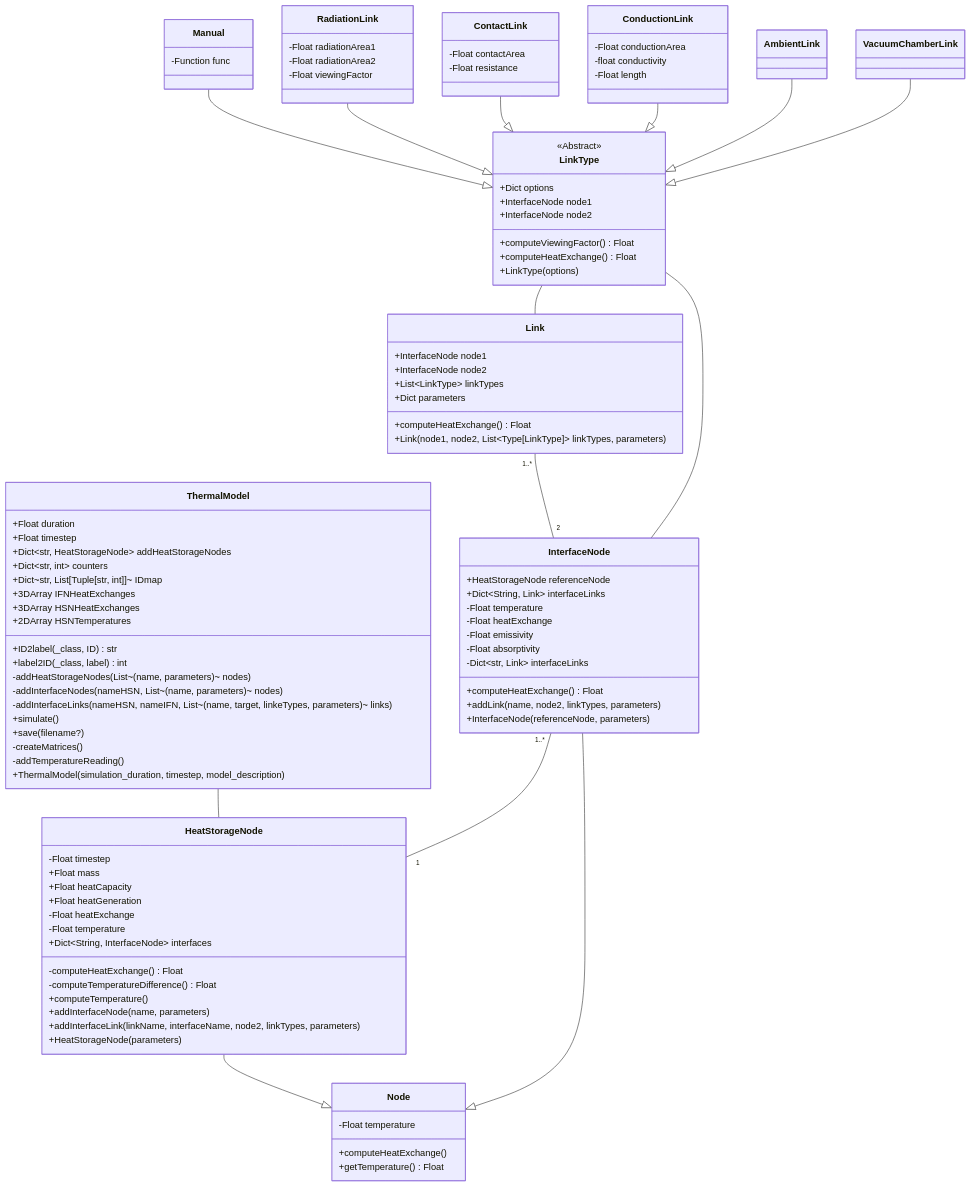
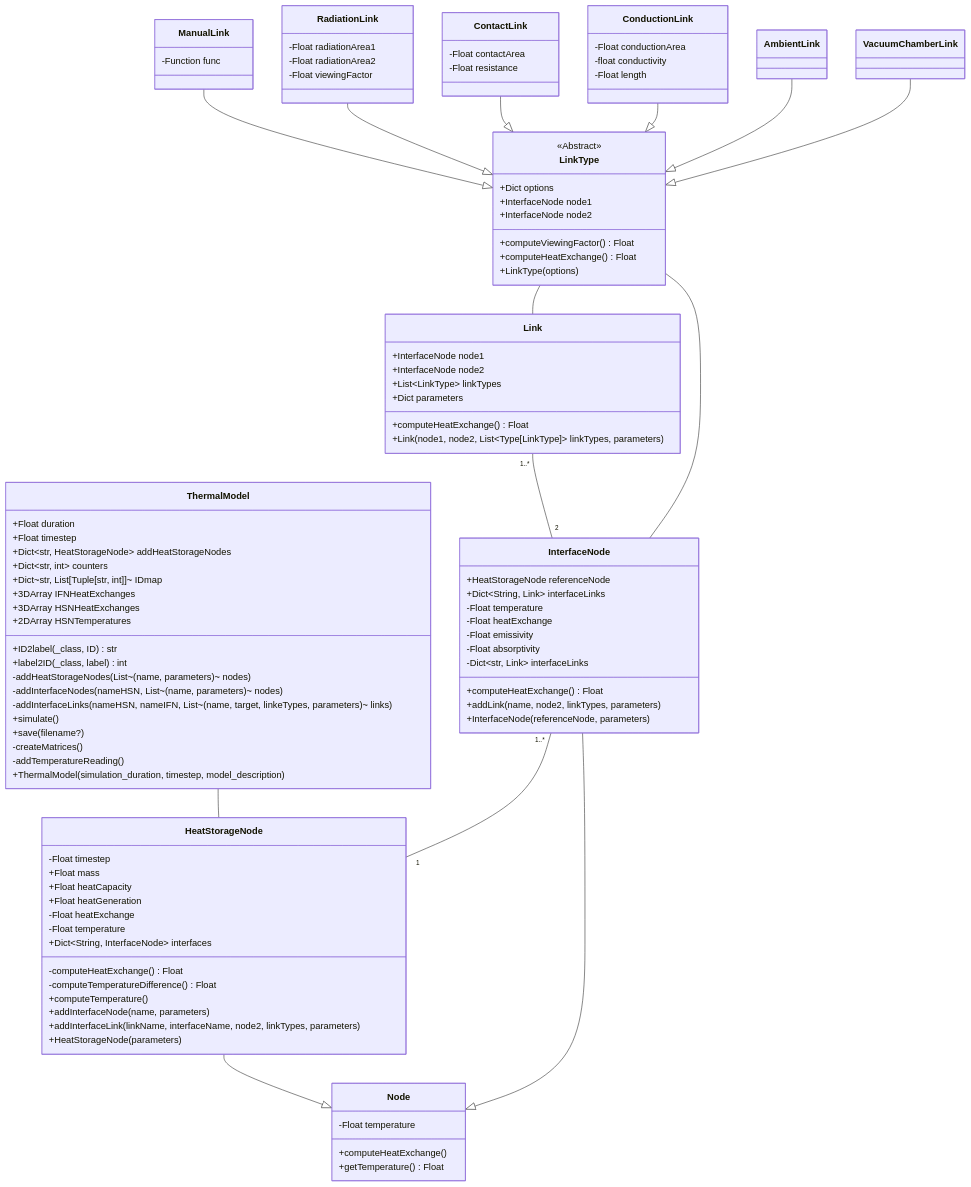
The diagram in class-diagram/class-diagram.mmd (niveK77pur/ISM-Thermal-Model), drawn with Mermaid before and after one commit. The commit also changed 3 other files, not shown here.

Commit message:
rename 'Manual' to 'ManualLink'

```diff
--- a/class-diagram/class-diagram.mmd
+++ b/class-diagram/class-diagram.mmd
@@ -1,117 +1,117 @@
 classDiagram
 
 class ThermalModel {
     +Float duration
     +Float timestep
     +Dict~str, HeatStorageNode~ addHeatStorageNodes
     +Dict~str, int~ counters
     +Dict~str, List[Tuple[str, int]]~ IDmap
     +3DArray IFNHeatExchanges
     +3DArray HSNHeatExchanges
     +2DArray HSNTemperatures
     +ID2label(_class, ID) str
     +label2ID(_class, label) int
     -addHeatStorageNodes(List~(name, parameters)~ nodes)
     -addInterfaceNodes(nameHSN, List~(name, parameters)~ nodes)
     -addInterfaceLinks(nameHSN, nameIFN, List~(name, target, linkeTypes, parameters)~ links)
     +simulate()
     +save(filename?)
     -createMatrices()
     -addTemperatureReading()
     +ThermalModel(simulation_duration, timestep, model_description)
 }
 
 class Node {
     -Float temperature
     +computeHeatExchange()
     +getTemperature() Float
 }
 
 class HeatStorageNode {
     -Float timestep
     +Float mass
     +Float heatCapacity
     +Float heatGeneration
     -Float heatExchange
     -Float temperature
     +Dict~String, InterfaceNode~ interfaces
     -computeHeatExchange() Float
     -computeTemperatureDifference() Float
     +computeTemperature()
     +addInterfaceNode(name, parameters)
     +addInterfaceLink(linkName, interfaceName, node2, linkTypes, parameters)
     +HeatStorageNode(parameters)
 }
 
 class InterfaceNode {
     +HeatStorageNode referenceNode
     +Dict~String, Link~ interfaceLinks
     -Float temperature
     -Float heatExchange
     -Float emissivity
     -Float absorptivity
     -Dict~str, Link~ interfaceLinks
     +computeHeatExchange() Float
     +addLink(name, node2, linkTypes, parameters)
     +InterfaceNode(referenceNode, parameters)
 }
 
 class Link {
     +InterfaceNode node1
     +InterfaceNode node2
     +List~LinkType~ linkTypes
     +Dict parameters
     +computeHeatExchange() Float
     +Link(node1, node2, List~Type[LinkType]~ linkTypes, parameters)
 }
 
 
 class LinkType {
     <<Abstract>>
     +Dict options
     +InterfaceNode node1
     +InterfaceNode node2
     +computeViewingFactor() Float
     +computeHeatExchange() Float
     +LinkType(options)
 }
 
-class Manual {
+class ManualLink {
     -Function func
 }
 
 class RadiationLink {
     -Float radiationArea1
     -Float radiationArea2
     -Float viewingFactor
 }
 
 class ContactLink {
     -Float contactArea
     -Float resistance
 }
 
 class ConductionLink {
     -Float conductionArea
     -float conductivity
     -Float length
 }
 
 ThermalModel -- HeatStorageNode
 
 HeatStorageNode --|> Node
 InterfaceNode --|> Node
 
-Manual --|> LinkType
+ManualLink --|> LinkType
 RadiationLink --|> LinkType
 ContactLink --|> LinkType
 ConductionLink --|> LinkType
 AmbientLink --|> LinkType
 VacuumChamberLink --|> LinkType
 
 Link "1..*" -- "2" InterfaceNode
 
 InterfaceNode "1..*" -- "1" HeatStorageNode
 
 LinkType -- Link
 LinkType -- InterfaceNode
```
